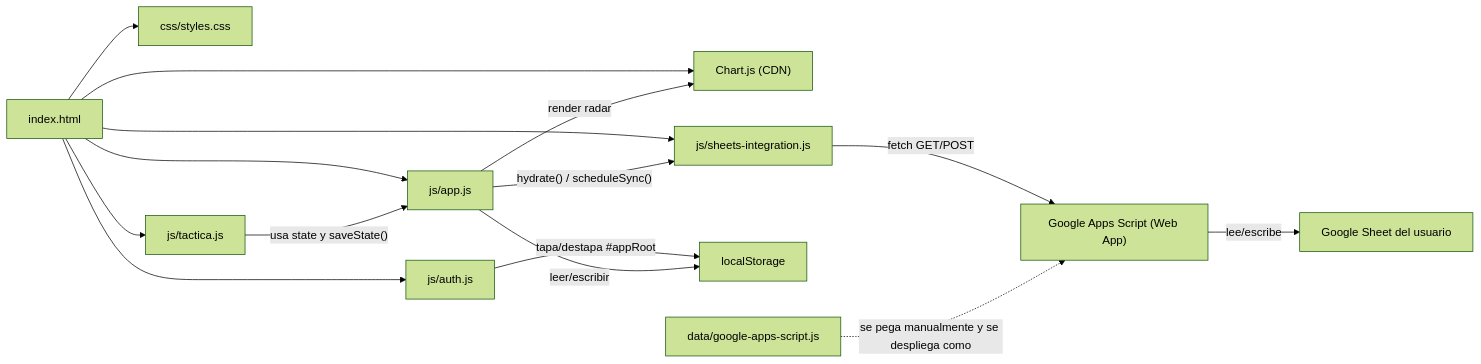
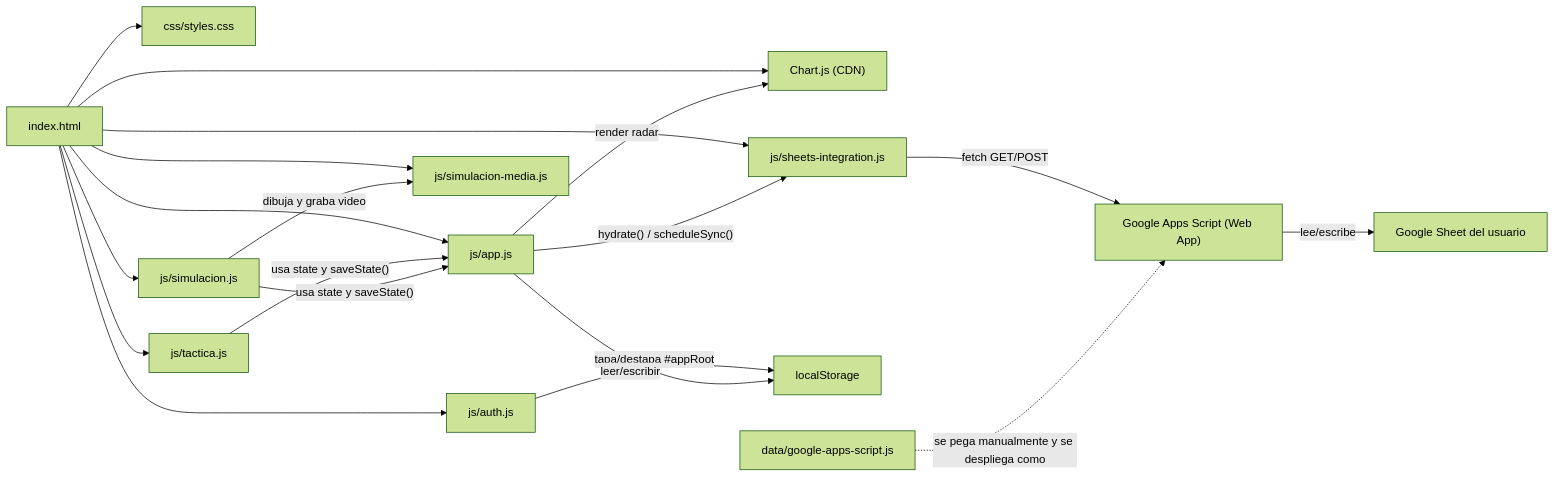
Before and after one commit to Lechuza22/DtCommander: the diagram in codemap/ARCHITECTURE.md, drawn with Mermaid (forest theme). The commit also changed other lines of this file, not shown here.

Commit message:
Simulación: jugada animada en fases (pelota pegada, notas, tiempo por fase, jugadas de ejemplo, arranque desde una táctica, flechas automáticas) y descarga de video MP4

````diff
--- a/codemap/ARCHITECTURE.md
+++ b/codemap/ARCHITECTURE.md
@@ -15,21 +16,25 @@
 ```mermaid
 graph LR
     HTML["index.html"] --> CSS["css/styles.css"]
     HTML --> AuthJS["js/auth.js"]
     HTML --> ChartJS["Chart.js (CDN)"]
     HTML --> SheetsJS["js/sheets-integration.js"]
     HTML --> AppJS["js/app.js"]
     HTML --> TacticaJS["js/tactica.js"]
+    HTML --> SimMediaJS["js/simulacion-media.js"]
+    HTML --> SimJS["js/simulacion.js"]
 
     AuthJS -->|"tapa/destapa #appRoot"| LocalStorage["localStorage"]
 
     AppJS -->|"render radar"| ChartJS
     AppJS -->|"leer/escribir"| LocalStorage["localStorage"]
     AppJS -->|"hydrate() / scheduleSync()"| SheetsJS
     TacticaJS -->|"usa state y saveState()"| AppJS
+    SimJS -->|"usa state y saveState()"| AppJS
+    SimJS -->|"dibuja y graba video"| SimMediaJS
 
     SheetsJS -->|"fetch GET/POST"| WebApp["Google Apps Script (Web App)"]
     WebApp -->|"lee/escribe"| Sheet["Google Sheet del usuario"]
 
     GAS["data/google-apps-script.js"] -.->|"se pega manualmente y se despliega como"| WebApp
 ```
````
